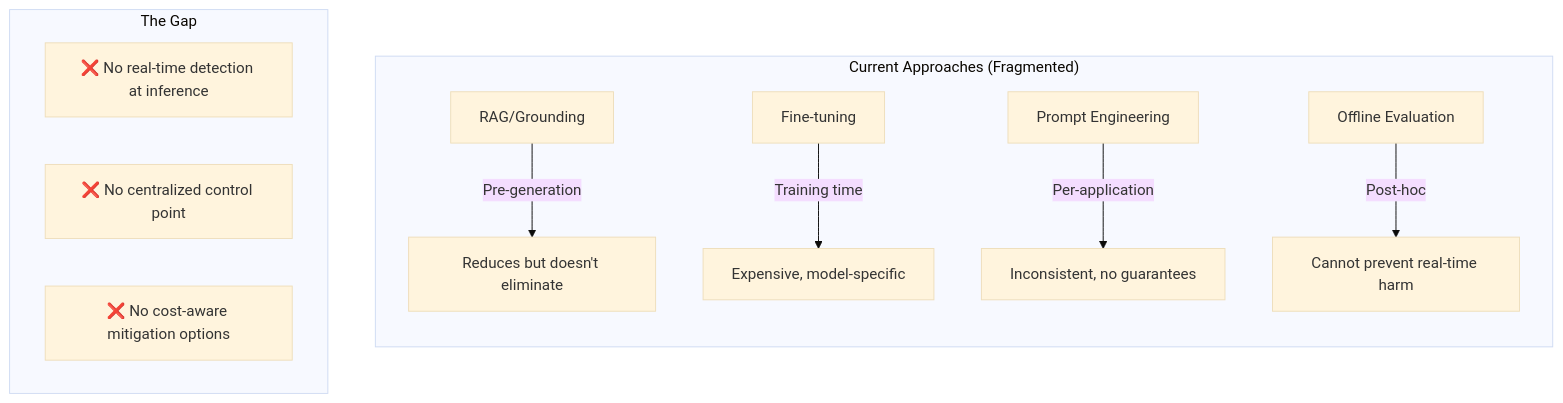
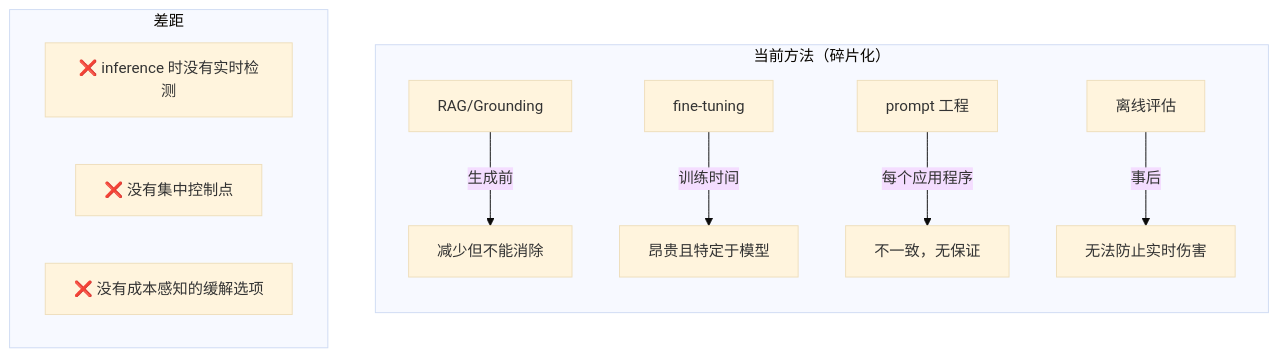
The first of 7 diagrams in website/i18n/zh-Hans/docusaurus-plugin-content-docs/version-v0.1/proposals/hallucination-mitigation-milestone.md (vllm-project/semantic-router), drawn with Mermaid (base theme) before and after one commit. The commit also changed other lines of this file and 7 other files, not shown here.

````diff
--- a/website/i18n/zh-Hans/docusaurus-plugin-content-docs/version-v0.1/proposals/hallucination-mitigation-milestone.md
+++ b/website/i18n/zh-Hans/docusaurus-plugin-content-docs/version-v0.1/proposals/hallucination-mitigation-milestone.md
@@ -51,16 +51,16 @@
 ```mermaid
 flowchart TB
-    subgraph "Current Approaches (Fragmented)"
+    subgraph "当前方法（碎片化）"
         direction TB
-        A[RAG/Grounding] -->|Pre-generation| B[Reduces but doesn't eliminate]
-        C[Fine-tuning] -->|Training time| D[Expensive, model-specific]
-        E[Prompt Engineering] -->|Per-application| F[Inconsistent, no guarantees]
-        G[Offline Evaluation] -->|Post-hoc| H[Cannot prevent real-time harm]
+        A[RAG/Grounding] -->|生成前| B[减少但不能消除]
+        C[fine-tuning] -->|训练时间| D[昂贵且特定于模型]
+        E[prompt 工程] -->|每个应用程序| F[不一致，无保证]
+        G[离线评估] -->|事后| H[无法防止实时伤害]
     end
 
-    subgraph "The Gap"
-        I[❌ No real-time detection at inference]
-        J[❌ No centralized control point]
-        K[❌ No cost-aware mitigation options]
+    subgraph "差距"
+        I[❌ inference 时没有实时检测]
+        J[❌ 没有集中控制点]
+        K[❌ 没有成本感知的缓解选项]
     end
 ```
````
